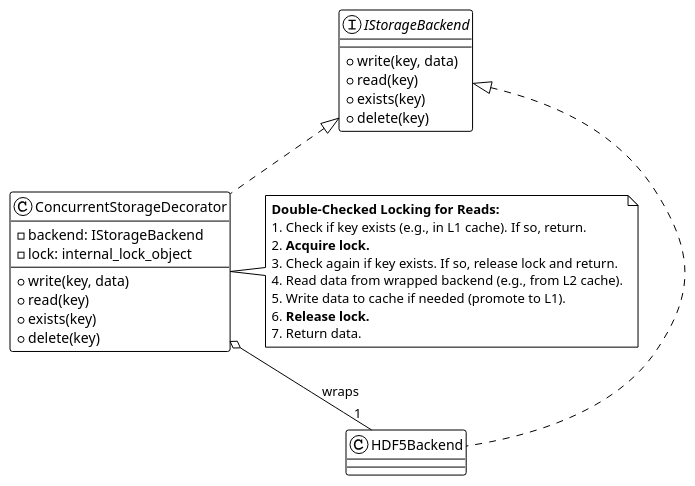
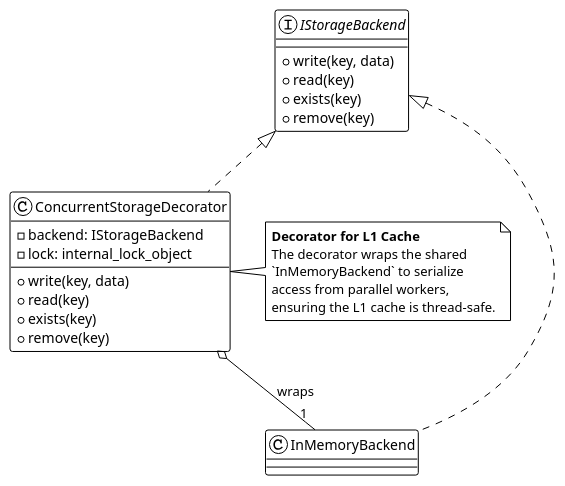
Before and after one commit to Mihai-Solescu/data-pipeline-fwk: the diagram in docs/diagrams/storage_concurrency.puml, drawn with PlantUML. The commit also changed 11 other files, not shown here.

```diff
--- a/docs/diagrams/storage_concurrency.puml
+++ b/docs/diagrams/storage_concurrency.puml
@@ -1,47 +1,44 @@
 @startuml storage_concurrency
 ' Style and layout settings
 !theme plain
 skinparam rectangle {
   shadowing false
   borderRadius 10
 }
 skinparam interface {
   shadowing false
 }
 
 ' The IStorageBackend interface is clean and has no knowledge of locking.
 interface "IStorageBackend" as IBackend {
   +write(key, data)
   +read(key)
   +exists(key)
-  +delete(key)
+  +remove(key)
 }
 
-class "HDF5Backend" implements IBackend {
-  ' Concrete implementation of I/O operations.
+class "InMemoryBackend" implements IBackend {
+  ' Concrete implementation for the L1 cache.
 }
 
 ' The decorator implements the same interface and adds the locking behavior.
 class "ConcurrentStorageDecorator" implements IBackend {
   -backend: IStorageBackend
   -lock: internal_lock_object
   +write(key, data)
   +read(key)
   +exists(key)
-  +delete(key)
+  +remove(key)
 }
 
 note right of ConcurrentStorageDecorator
-  **Double-Checked Locking for Reads:**
-  1. Check if key exists (e.g., in L1 cache). If so, return.
-  2. **Acquire lock.**
-  3. Check again if key exists. If so, release lock and return.
-  4. Read data from wrapped backend (e.g., from L2 cache).
-  5. Write data to cache if needed (promote to L1).
-  6. **Release lock.**
-  7. Return data.
+  **Decorator for L1 Cache**
+  The decorator wraps the shared
+  `InMemoryBackend` to serialize
+  access from parallel workers,
+  ensuring the L1 cache is thread-safe.
 end note
 
-ConcurrentStorageDecorator o-- "1" HDF5Backend : wraps
+ConcurrentStorageDecorator o-- "1" InMemoryBackend : wraps
 
 @enduml
```
